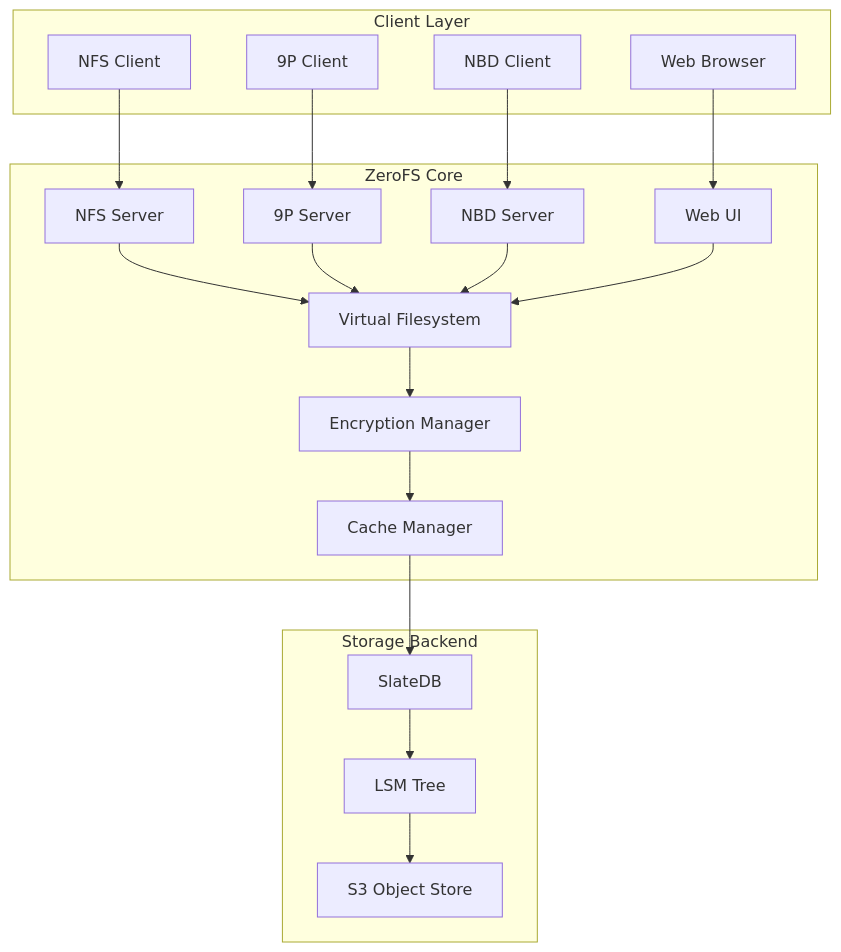
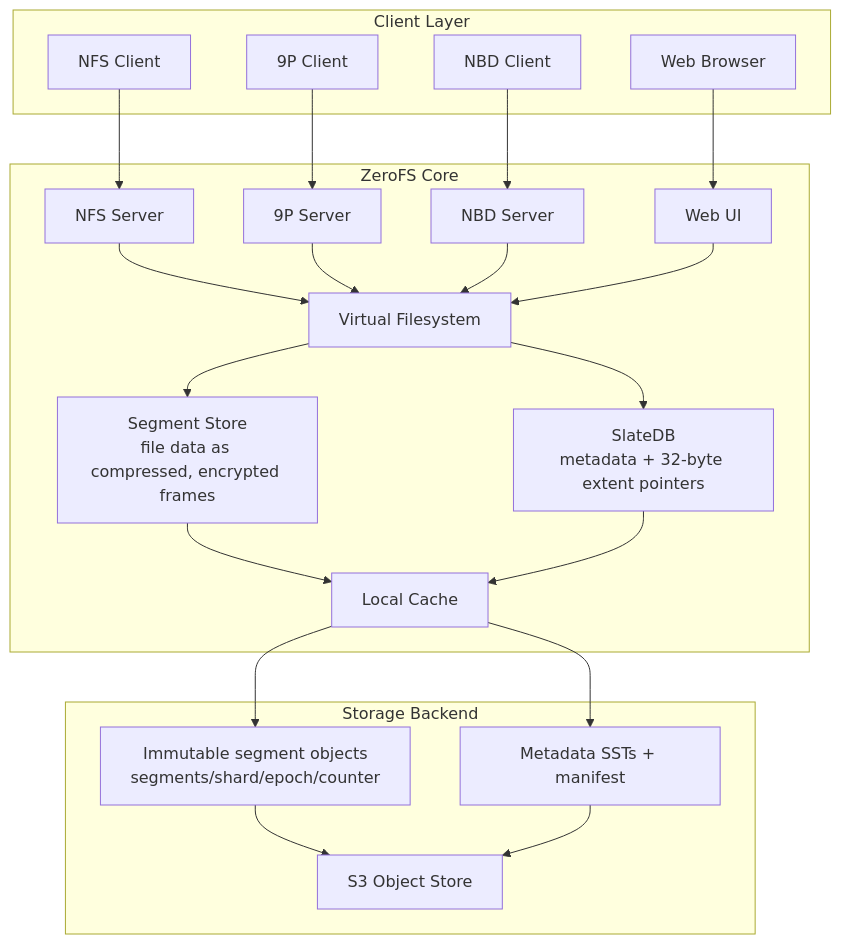
Before and after one commit to Barre/ZeroFS: the diagram in README.md, drawn with Mermaid. The commit also changed other lines of this file and 23 other files, not shown here.

````diff
--- a/README.md
+++ b/README.md
@@ -115,42 +115,46 @@
 ```mermaid
 
 graph TB
     subgraph "Client Layer"
         NFS[NFS Client]
         P9[9P Client]
         NBD[NBD Client]
         WEB[Web Browser]
     end
     
     subgraph "ZeroFS Core"
         NFSD[NFS Server]
         P9D[9P Server]
         NBDD[NBD Server]
         WEBUI[Web UI]
         VFS[Virtual Filesystem]
-        ENC[Encryption Manager]
-        CACHE[Cache Manager]
+        SEG[Segment Store<br/>file data as compressed, encrypted frames]
+        SLATE[SlateDB<br/>metadata + 32-byte extent pointers]
+        CACHE[Local Cache]
         
         NFSD --> VFS
         P9D --> VFS
         NBDD --> VFS
         WEBUI --> VFS
-        VFS --> ENC
-        ENC --> CACHE
+        VFS --> SEG
+        VFS --> SLATE
+        SEG --> CACHE
+        SLATE --> CACHE
     end
     
     subgraph "Storage Backend"
-        SLATE[SlateDB]
-        LSM[LSM Tree]
+        SEGOBJ[Immutable segment objects<br/>segments/shard/epoch/counter]
+        SSTS[Metadata SSTs + manifest]
         S3[S3 Object Store]
         
-        CACHE --> SLATE
-        SLATE --> LSM
-        LSM --> S3
+        CACHE --> SEGOBJ
+        CACHE --> SSTS
+        SEGOBJ --> S3
+        SSTS --> S3
     end
     
     NFS --> NFSD
     P9 --> P9D
     NBD --> NBDD
     WEB --> WEBUI
 ```
````
